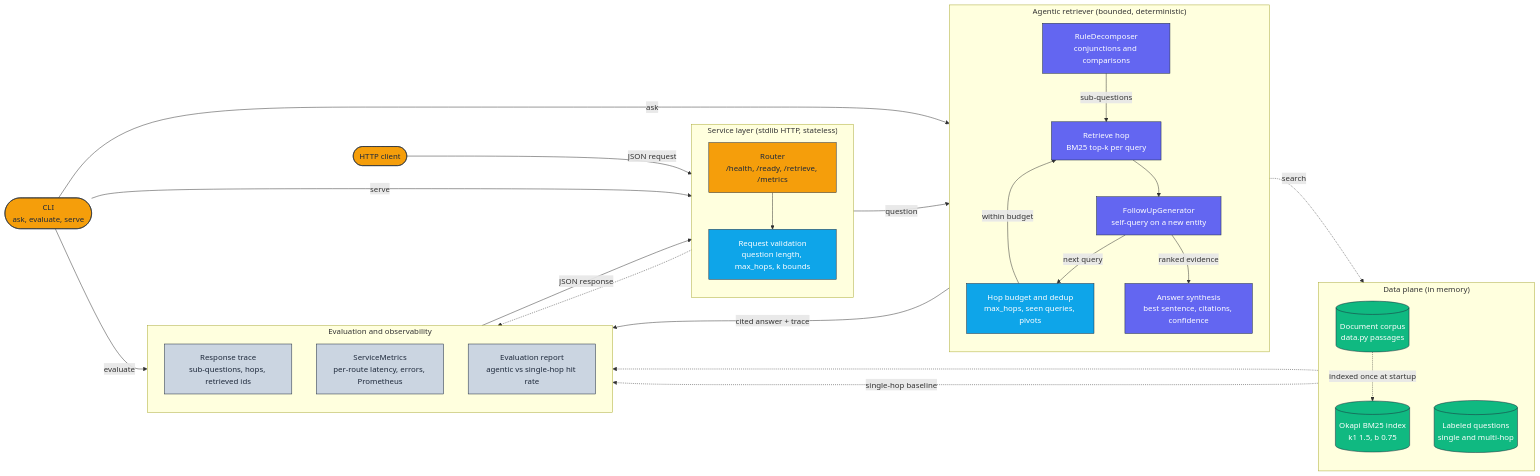
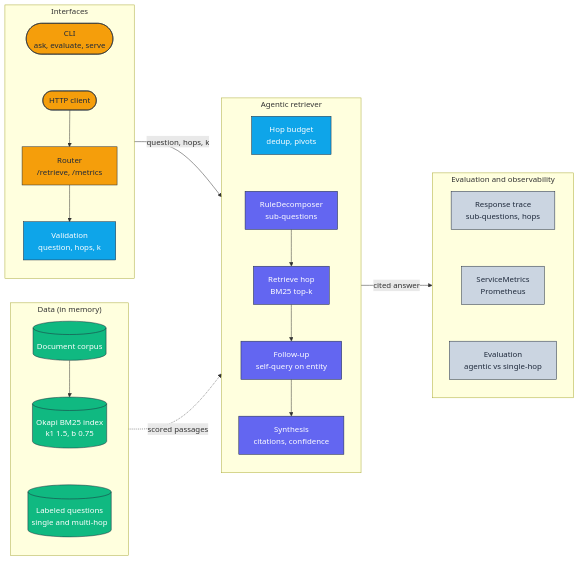
Before and after one commit to adeoluo/agentic-rag: the diagram in docs/architecture/architecture.mmd, drawn with Mermaid. The commit also changed 1 other file, not shown here.

Commit message:
docs: compact horizontal architecture diagram

```diff
--- a/docs/architecture/architecture.mmd
+++ b/docs/architecture/architecture.mmd
@@ -1,57 +1,45 @@
 flowchart LR
     classDef edge     fill:#F59E0B,stroke:#1E293B,color:#1E293B,stroke-width:1px;
     classDef core     fill:#6366F1,stroke:#1E293B,color:#ffffff,stroke-width:1px;
     classDef data     fill:#10B981,stroke:#1E293B,color:#ffffff,stroke-width:1px;
     classDef control  fill:#0EA5E9,stroke:#1E293B,color:#ffffff,stroke-width:1px;
     classDef obs      fill:#CBD5E1,stroke:#1E293B,color:#1E293B,stroke-width:1px;
 
-    Client(["HTTP client"]):::edge
-    CLI(["CLI<br/>ask, evaluate, serve"]):::edge
-
-    subgraph Interfaces["Service layer (stdlib HTTP, stateless)"]
+    subgraph Interfaces["Interfaces"]
         direction TB
-        Router["Router<br/>/health, /ready, /retrieve, /metrics"]:::edge
-        Validate["Request validation<br/>question length, max_hops, k bounds"]:::control
+        Client([HTTP client]):::edge
+        CLI(["CLI<br/>ask, evaluate, serve"]):::edge
+        Router["Router<br/>/retrieve, /metrics"]:::edge
+        Validate["Validation<br/>question, hops, k"]:::control
+        CLI ~~~ Client --> Router --> Validate
     end
 
-    subgraph Loop["Agentic retriever (bounded, deterministic)"]
+    subgraph State["Data (in memory)"]
         direction TB
-        Decompose["RuleDecomposer<br/>conjunctions and comparisons"]:::core
-        Retrieve["Retrieve hop<br/>BM25 top-k per query"]:::core
-        FollowUp["FollowUpGenerator<br/>self-query on a new entity"]:::core
-        Budget["Hop budget and dedup<br/>max_hops, seen queries, pivots"]:::control
-        Synthesize["Answer synthesis<br/>best sentence, citations, confidence"]:::core
+        Corpus[("Document corpus")]:::data
+        Index[("Okapi BM25 index<br/>k1 1.5, b 0.75")]:::data
+        Questions[("Labeled questions<br/>single and multi-hop")]:::data
+        Corpus --> Index ~~~ Questions
     end
 
-    subgraph DataPlane["Data plane (in memory)"]
+    subgraph Core["Agentic retriever"]
         direction TB
-        Corpus[("Document corpus<br/>data.py passages")]:::data
-        Index[("Okapi BM25 index<br/>k1 1.5, b 0.75")]:::data
-        Questions[("Labeled questions<br/>single and multi-hop")]:::data
+        Decompose["RuleDecomposer<br/>sub-questions"]:::core
+        Retrieve["Retrieve hop<br/>BM25 top-k"]:::core
+        FollowUp["Follow-up<br/>self-query on entity"]:::core
+        Budget["Hop budget<br/>dedup, pivots"]:::control
+        Synth["Synthesis<br/>citations, confidence"]:::core
+        Budget ~~~ Decompose --> Retrieve --> FollowUp --> Synth
     end
 
-    subgraph Observability["Evaluation and observability"]
+    subgraph Obs["Evaluation and observability"]
         direction TB
-        Trace["Response trace<br/>sub-questions, hops, retrieved ids"]:::obs
-        Metrics["ServiceMetrics<br/>per-route latency, errors, Prometheus"]:::obs
-        Eval["Evaluation report<br/>agentic vs single-hop hit rate"]:::obs
+        Trace["Response trace<br/>sub-questions, hops"]:::obs
+        Metrics["ServiceMetrics<br/>Prometheus"]:::obs
+        Eval["Evaluation<br/>agentic vs single-hop"]:::obs
+        Trace ~~~ Metrics ~~~ Eval
     end
 
-    Client -->|JSON request| Router
-    CLI -->|ask| Decompose
-    CLI -->|serve| Router
-    Router --> Validate
-    Validate -->|question| Decompose
-    Decompose -->|sub-questions| Retrieve
-    Retrieve --> FollowUp
-    FollowUp -->|next query| Budget
-    Budget -->|within budget| Retrieve
-    FollowUp -->|ranked evidence| Synthesize
-    Corpus -.->|indexed once at startup| Index
-    Retrieve -.->|search| Index
-    Synthesize -->|cited answer + trace| Trace
-    Trace -->|JSON response| Router
-    Router -.-> Metrics
-    CLI -->|evaluate| Eval
-    Questions -.-> Eval
-    Index -.->|single-hop baseline| Eval
+    Interfaces -->|question, hops, k| Core
+    State -.->|scored passages| Core
+    Core -->|cited answer| Obs
```
